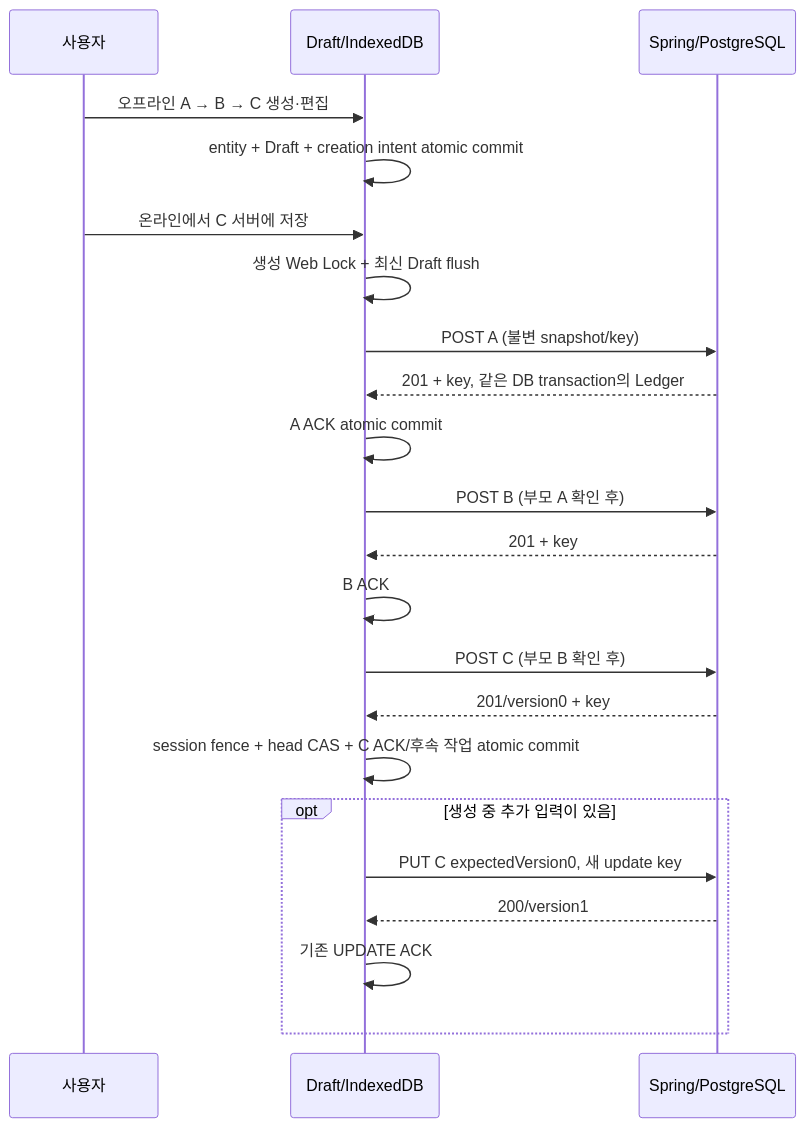
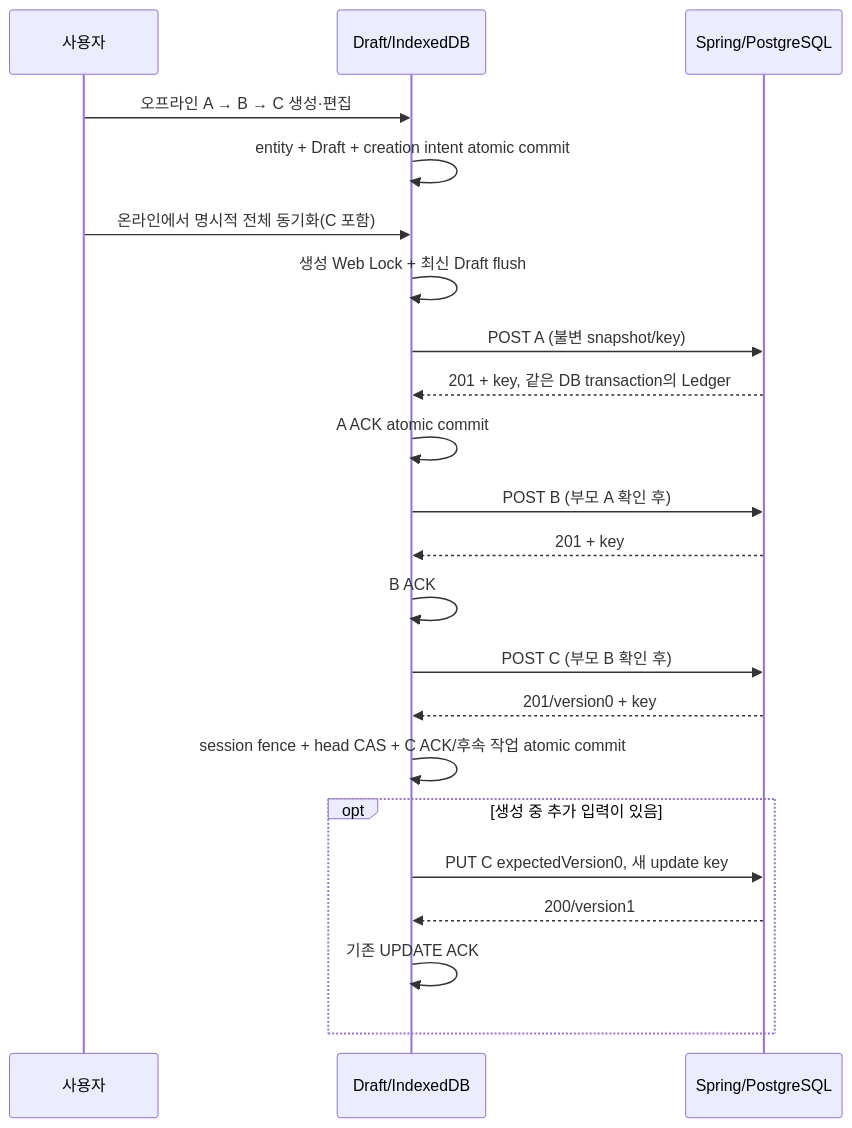
One commit to aubri61/seam-note changed the diagram in docs/design/offline-creation.md. Above: the diagram before and after it, drawn with Mermaid. The commit also changed other lines of this file and 67 other files, not shown here.

````diff
--- a/docs/design/offline-creation.md
+++ b/docs/design/offline-creation.md
@@ -68,24 +70,24 @@
 ```mermaid
 sequenceDiagram
     participant U as 사용자
     participant L as Draft/IndexedDB
     participant S as Spring/PostgreSQL
     U->>L: 오프라인 A → B → C 생성·편집
     L->>L: entity + Draft + creation intent atomic commit
-    U->>L: 온라인에서 C 서버에 저장
+    U->>L: 온라인에서 명시적 전체 동기화(C 포함)
     L->>L: 생성 Web Lock + 최신 Draft flush
     L->>S: POST A (불변 snapshot/key)
     S-->>L:201 + key, 같은 DB transaction의 Ledger
     L->>L: A ACK atomic commit
     L->>S: POST B (부모 A 확인 후)
     S-->>L:201 + key
     L->>L: B ACK
     L->>S: POST C (부모 B 확인 후)
     S-->>L:201/version0 + key
     L->>L: session fence + head CAS + C ACK/후속 작업 atomic commit
     opt 생성 중 추가 입력이 있음
         L->>S: PUT C expectedVersion0, 새 update key
         S-->>L:200/version1
         L->>L: 기존 UPDATE ACK
     end
 ```
````
